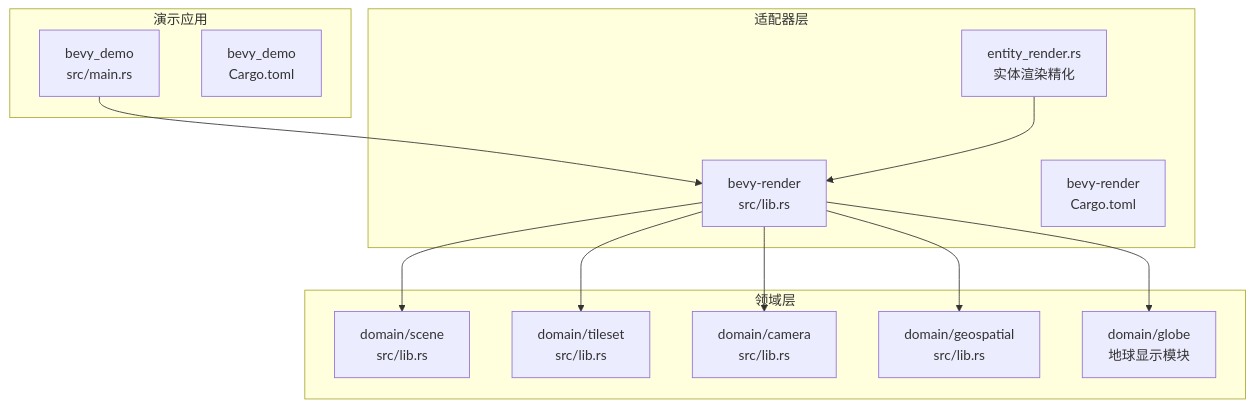
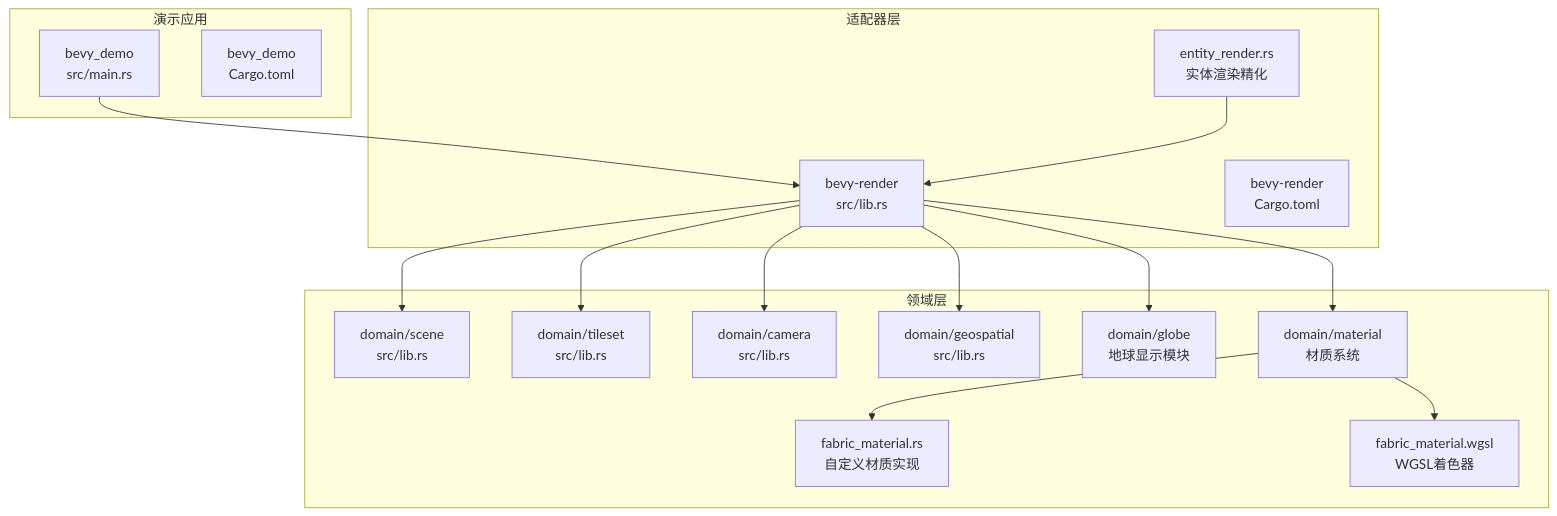
Before and after one commit to rzhangjing/cesium: the first of 5 diagrams in .qoder/repowiki/zh/content/项目概述/核心特性/3D渲染引擎/Bevy渲染适配器.md, drawn with Mermaid. The commit also changed other lines of this file and 30 other files, not shown here.

````diff
--- a/.qoder/repowiki/zh/content/项目概述/核心特性/3D渲染引擎/Bevy渲染适配器.md
+++ b/.qoder/repowiki/zh/content/项目概述/核心特性/3D渲染引擎/Bevy渲染适配器.md
@@ -41,26 +44,32 @@
 ```mermaid
 graph TB
 subgraph "适配器层"
 A["bevy-render<br/>src/lib.rs"]
 B["bevy-render<br/>Cargo.toml"]
 C["entity_render.rs<br/>实体渲染精化"]
 end
 subgraph "演示应用"
 D["bevy_demo<br/>src/main.rs"]
 E["bevy_demo<br/>Cargo.toml"]
 end
 subgraph "领域层"
 F["domain/scene<br/>src/lib.rs"]
 G["domain/tileset<br/>src/lib.rs"]
 H["domain/camera<br/>src/lib.rs"]
 I["domain/geospatial<br/>src/lib.rs"]
 J["domain/globe<br/>地球显示模块"]
+K["domain/material<br/>材质系统"]
+L["fabric_material.rs<br/>自定义材质实现"]
+M["fabric_material.wgsl<br/>WGSL着色器"]
 end
 D --> A
 A --> F
 A --> G
 A --> H
 A --> I
 A --> J
+A --> K
+K --> L
+K --> M
 C --> A
 ```
````
